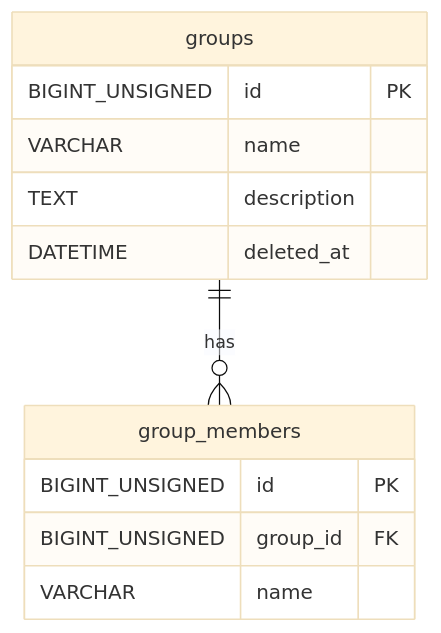
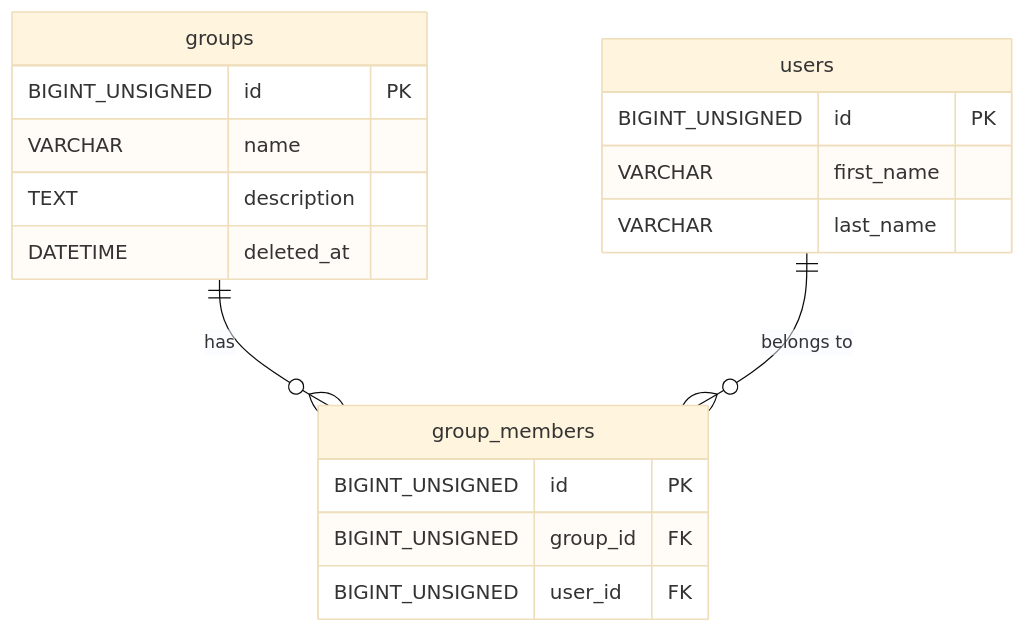
The diagram in plans/schema.md (hrk-m/spec-to-dev-workflow), drawn with Mermaid (base theme) before and after one commit. The commit also changed other lines of this file and 63 other files, not shown here.

````diff
--- a/plans/schema.md
+++ b/plans/schema.md
@@ -149,15 +188,21 @@
 ```mermaid
 erDiagram
     groups {
         BIGINT_UNSIGNED id PK
         VARCHAR name
         TEXT description
         DATETIME deleted_at
     }
     group_members {
         BIGINT_UNSIGNED id PK
         BIGINT_UNSIGNED group_id FK
-        VARCHAR name
+        BIGINT_UNSIGNED user_id FK
+    }
+    users {
+        BIGINT_UNSIGNED id PK
+        VARCHAR first_name
+        VARCHAR last_name
     }
     groups ||--o{ group_members : "has"
+    users ||--o{ group_members : "belongs to"
 ```
````
